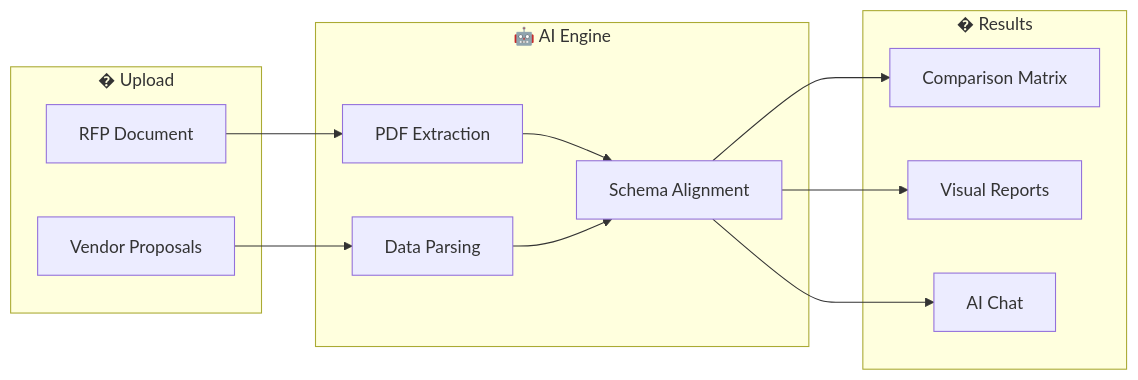
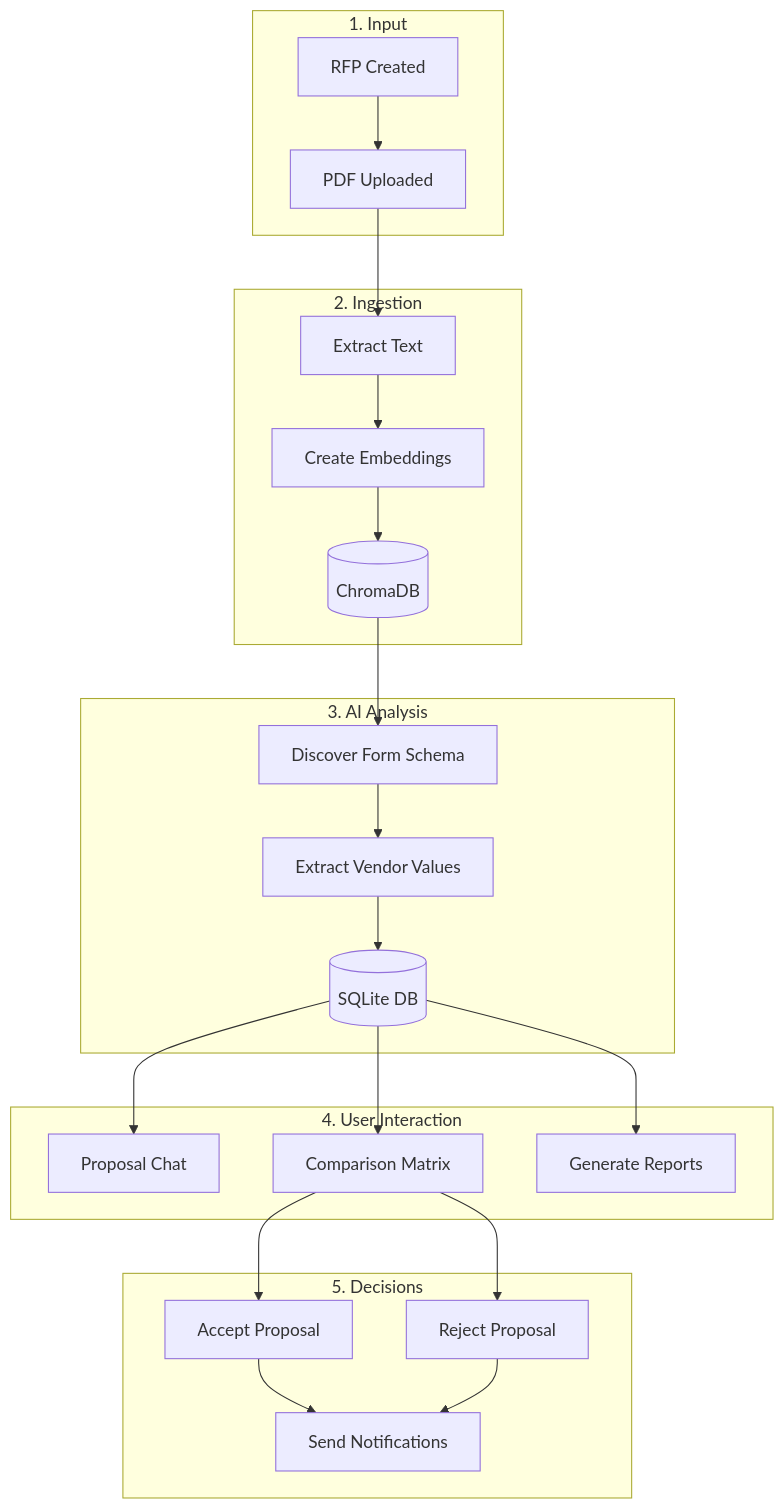
Before and after one commit to saim-honey388/smart-rfp-system: the diagram in README.md, drawn with Mermaid.

Commit message:
Use same mermaid diagram pattern as system-architecture.md

````diff
--- a/README.md
+++ b/README.md
@@ -34,27 +34,31 @@
 ```mermaid
-flowchart LR
-    subgraph Upload["� Upload"]
-        A[RFP Document]
-        B[Vendor Proposals]
+flowchart TB
+    subgraph INPUT["1. Input"]
+        RFP[RFP Created] --> UPLOAD[PDF Uploaded]
     end
 
-    subgraph AI["🤖 AI Engine"]
-        C[PDF Extraction]
-        D[Data Parsing]
-        E[Schema Alignment]
+    subgraph INGEST["2. Ingestion"]
+        UPLOAD --> EXTRACT[Extract Text]
+        EXTRACT --> EMBED[Create Embeddings]
+        EMBED --> CHROMA[(ChromaDB)]
     end
 
-    subgraph Output["� Results"]
-        F[Comparison Matrix]
-        G[Visual Reports]
-        H[AI Chat]
+    subgraph ANALYZE["3. AI Analysis"]
+        CHROMA --> SCHEMA[Discover Form Schema]
+        SCHEMA --> VALUES[Extract Vendor Values]
+        VALUES --> DB[(SQLite DB)]
     end
 
-    A --> C
-    B --> D
-    C --> E
-    D --> E
-    E --> F
-    E --> G
-    E --> H
+    subgraph INTERACT["4. User Interaction"]
+        DB --> CHAT[Proposal Chat]
+        DB --> COMPARE[Comparison Matrix]
+        DB --> REPORT[Generate Reports]
+    end
+
+    subgraph OUTPUT["5. Decisions"]
+        COMPARE --> ACCEPT[Accept Proposal]
+        COMPARE --> REJECT[Reject Proposal]
+        ACCEPT --> NOTIFY[Send Notifications]
+        REJECT --> NOTIFY
+    end
 ```
````
